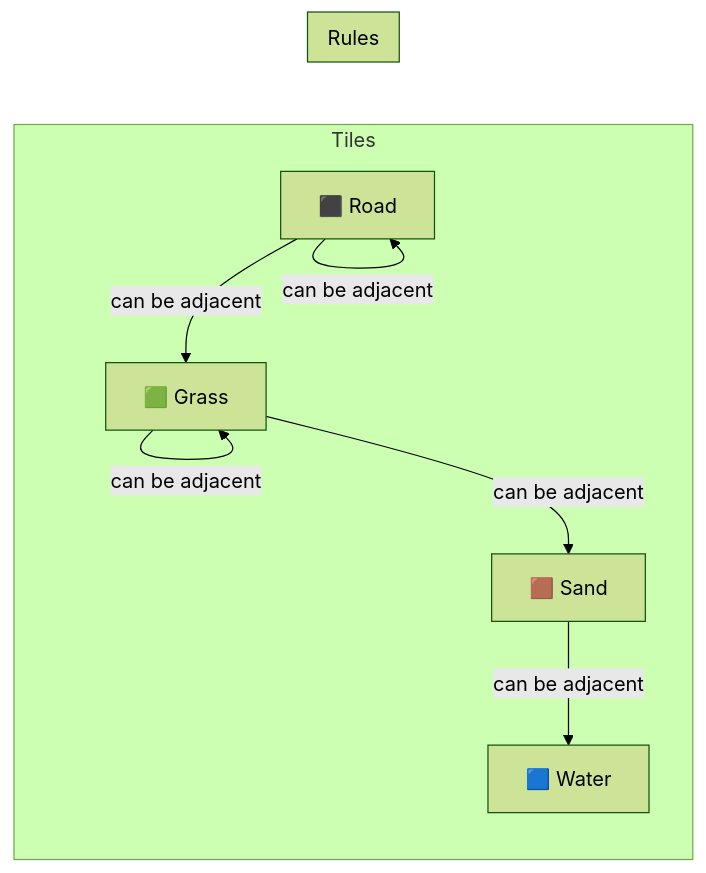
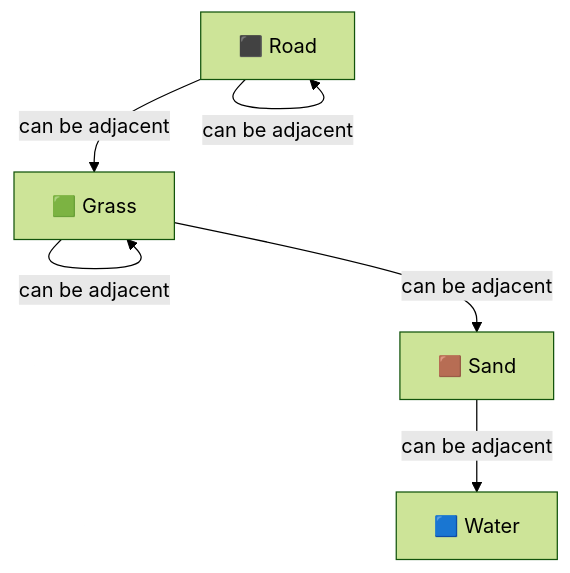
The fourth of 15 diagrams in apps/web/src/data/courses/ai4games2/10-wfc/00-reveal.md (gameguild-gg/gameguild), drawn with Mermaid (forest theme) before and after one commit. The commit also changed other lines of this file and 3 other files, not shown here.

````diff
--- a/apps/web/src/data/courses/ai4games2/10-wfc/00-reveal.md
+++ b/apps/web/src/data/courses/ai4games2/10-wfc/00-reveal.md
@@ -201,16 +201,14 @@
 ```mermaid
-flowchart LR
-    subgraph Tiles
+flowchart TD
+
         A["🟩 Grass"]
         B["🟦 Water"]
         C["🟫 Sand"]
         D["⬛ Road"]
-    end
-    subgraph Rules
+
         A -->|"can be adjacent"| A
         A -->|"can be adjacent"| C
         C -->|"can be adjacent"| B
         D -->|"can be adjacent"| D
         D -->|"can be adjacent"| A
-    end
 ```
````
